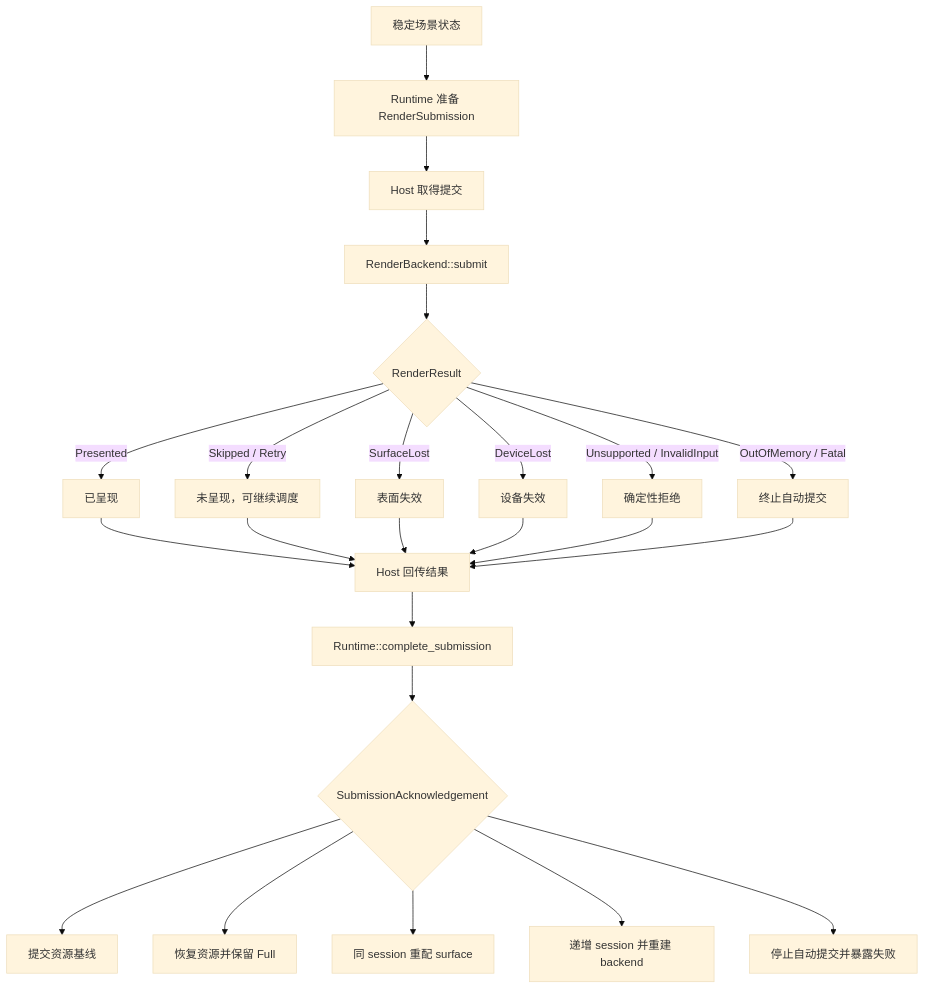
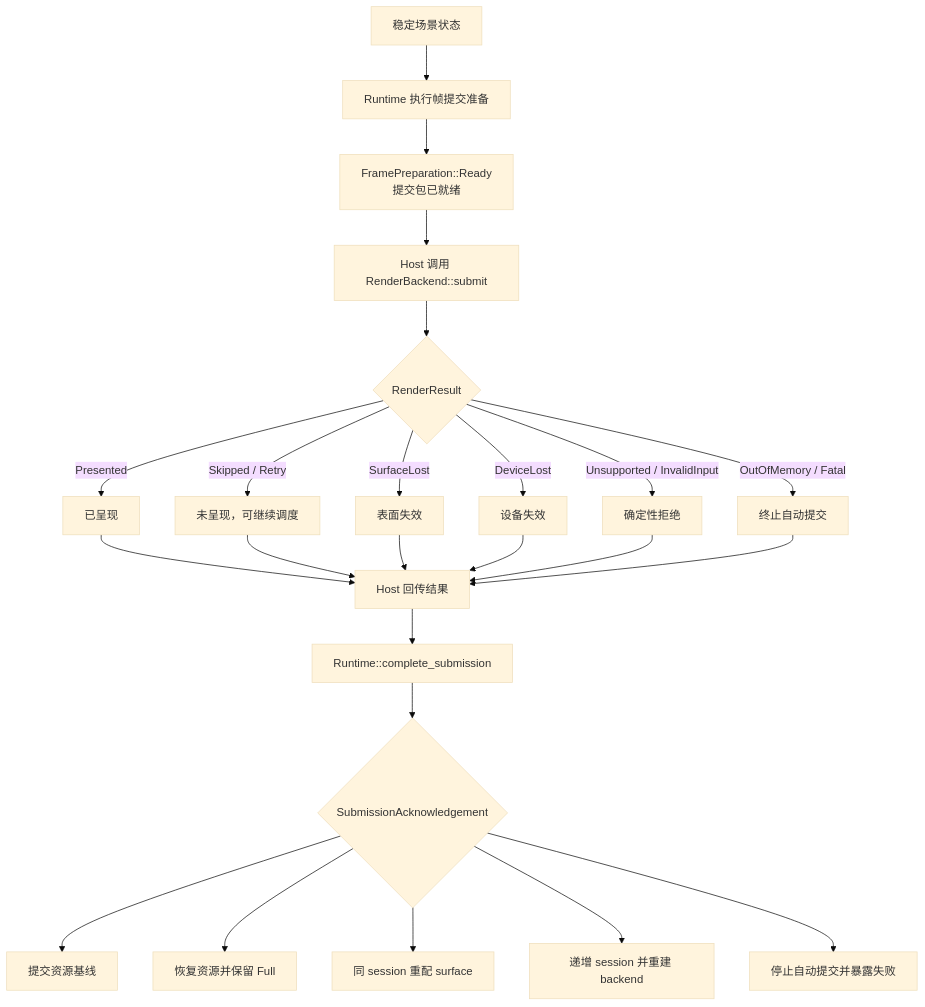
The diagram in engine/wasm_rust/novadraw/book/internals/src/07-rendering-and-frame.md (yezhang/novadraw), drawn with Mermaid (base theme) before and after one commit. The commit also changed other lines of this file and 25 other files, not shown here.

````diff
--- a/engine/wasm_rust/novadraw/book/internals/src/07-rendering-and-frame.md
+++ b/engine/wasm_rust/novadraw/book/internals/src/07-rendering-and-frame.md
@@ -223,29 +225,29 @@
 ```mermaid
 flowchart TD
-    Stable[稳定场景状态] --> Prepare[Runtime 准备 RenderSubmission]
-    Prepare --> Host[Host 取得提交]
-    Host --> Backend[RenderBackend::submit]
+    Stable[稳定场景状态] --> Prepare[Runtime 执行帧提交准备]
+    Prepare --> Ready[FramePreparation::Ready<br/>提交包已就绪]
+    Ready --> Backend[Host 调用 RenderBackend::submit]
     Backend --> Result{RenderResult}
 
     Result -->|Presented| Presented[已呈现]
     Result -->|Skipped / Retry| Deferred[未呈现，可继续调度]
     Result -->|SurfaceLost| Surface[表面失效]
     Result -->|DeviceLost| Device[设备失效]
     Result -->|Unsupported / InvalidInput| Rejected[确定性拒绝]
     Result -->|OutOfMemory / Fatal| Terminated[终止自动提交]
 
     Presented --> Return[Host 回传结果]
     Deferred --> Return
     Surface --> Return
     Device --> Return
     Rejected --> Return
     Terminated --> Return
     Return --> Complete[Runtime::complete_submission]
 
     Complete --> Ack{SubmissionAcknowledgement}
     Ack --> Baseline[提交资源基线]
     Ack --> Preserve[恢复资源并保留 Full]
     Ack --> Reconfigure[同 session 重配 surface]
     Ack --> Rebuild[递增 session 并重建 backend]
     Ack --> Stop[停止自动提交并暴露失败]
 ```
````
